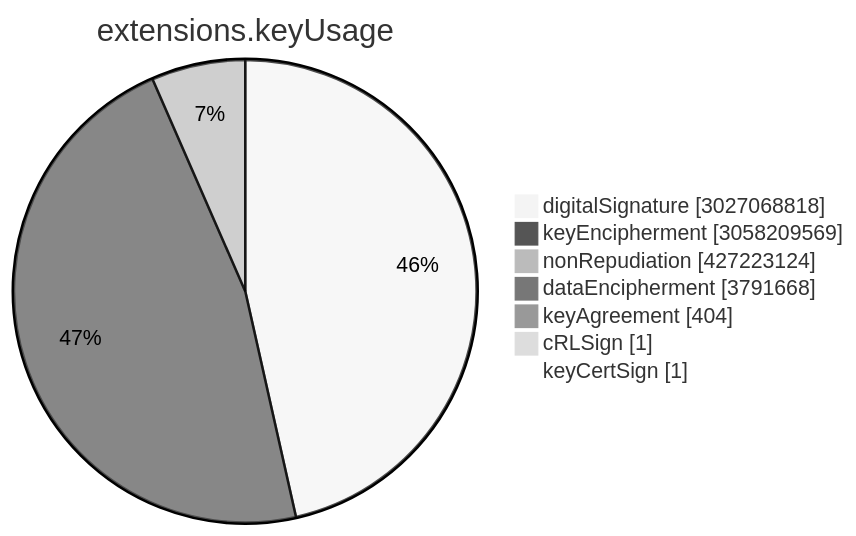
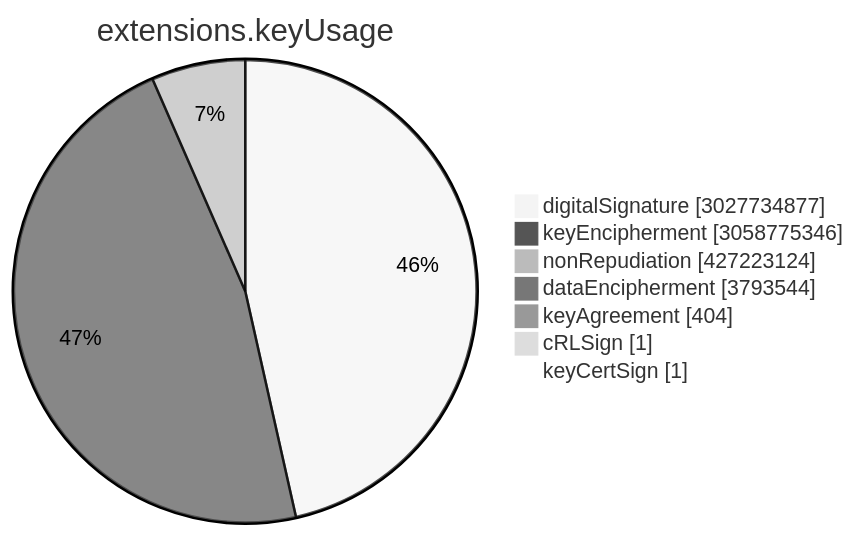
One commit to christiankrug/ctmonitor_visualization changed the sixth of 15 diagrams in TOTAL/README.md. Above: the diagram before and after it, drawn with Mermaid (neutral theme). The commit also changed other lines of this file, not shown here.

````diff
--- a/TOTAL/README.md
+++ b/TOTAL/README.md
@@ -3077,11 +3077,11 @@
 ```mermaid
 pie showData
 title extensions.keyUsage
-"digitalSignature" :3027068818
-"keyEncipherment" :3058209569
+"digitalSignature" :3027734877
+"keyEncipherment" :3058775346
 "nonRepudiation" :427223124
-"dataEncipherment" :3791668
+"dataEncipherment" :3793544
 "keyAgreement" :404
 "cRLSign" :1
 "keyCertSign" :1
 ```
````
